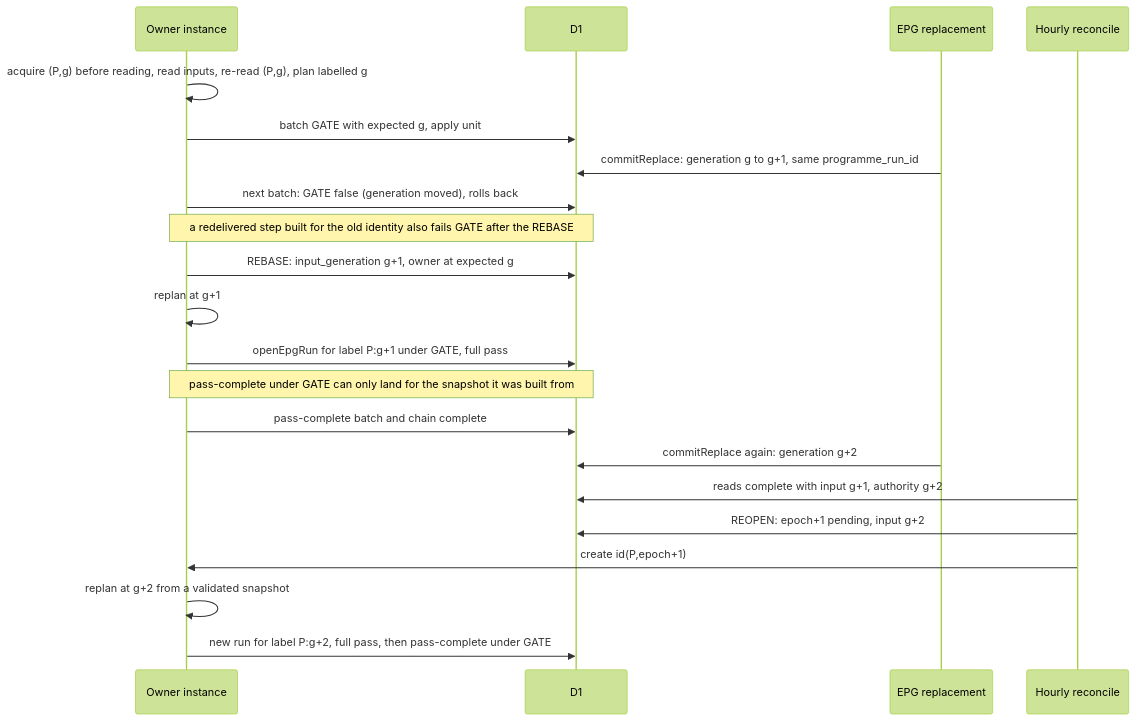
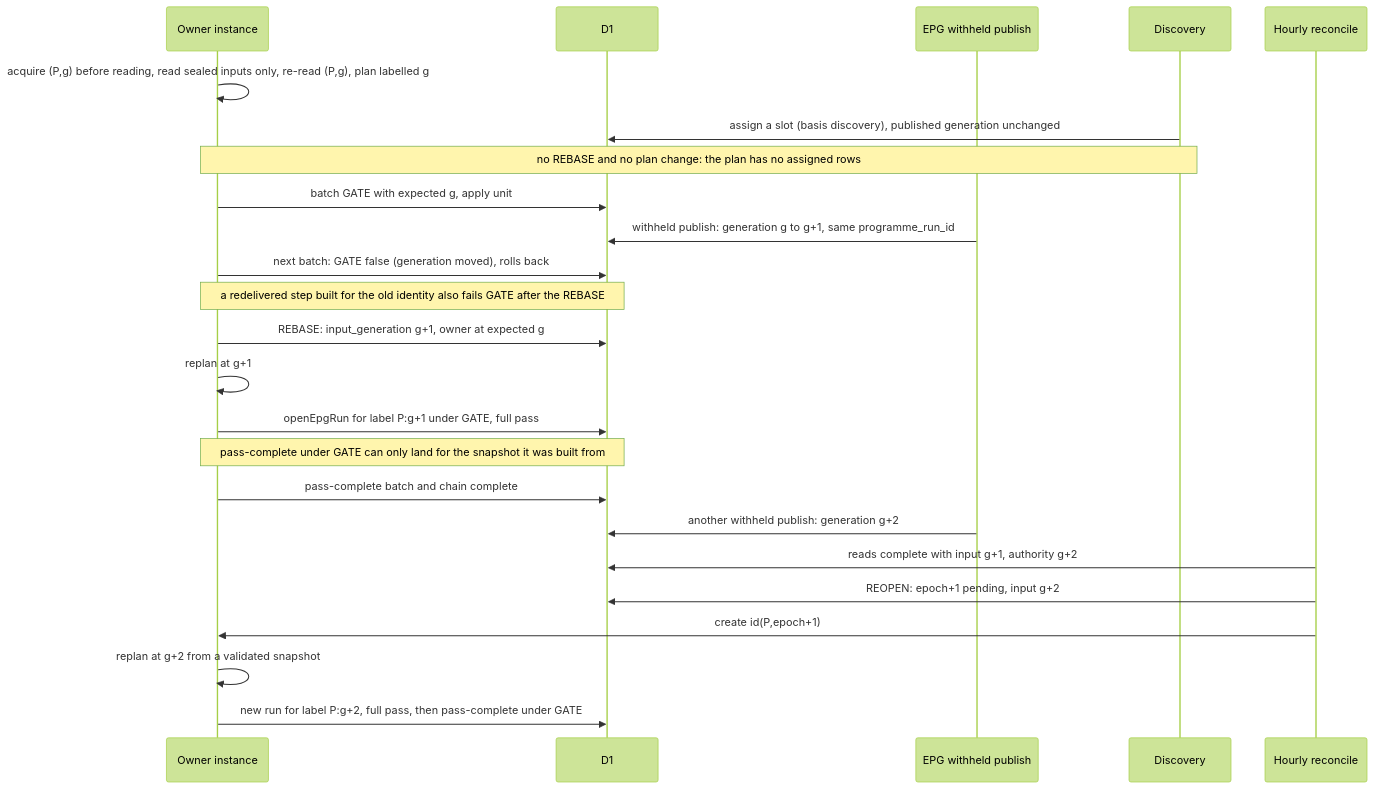
Before and after one commit to vladimino/iptv-watchlist: the fourth of 5 diagrams in docs/adr/0141-producer-workflow-chain-protocol.md, drawn with Mermaid (forest theme). The commit also changed other lines of this file and 1 other file, not shown here.

````diff
--- a/docs/adr/0141-producer-workflow-chain-protocol.md
+++ b/docs/adr/0141-producer-workflow-chain-protocol.md
@@ -536,23 +578,26 @@
 ```mermaid
 sequenceDiagram
     participant O as Owner instance
     participant D as D1
-    participant E as EPG replacement
+    participant E as EPG withheld publish
+    participant X as Discovery
     participant H as Hourly reconcile
-    O->>O: acquire (P,g) before reading, read inputs, re-read (P,g), plan labelled g
+    O->>O: acquire (P,g) before reading, read sealed inputs only, re-read (P,g), plan labelled g
+    X->>D: assign a slot (basis discovery), published generation unchanged
+    Note over O,X: no REBASE and no plan change: the plan has no assigned rows
     O->>D: batch GATE with expected g, apply unit
-    E->>D: commitReplace: generation g to g+1, same programme_run_id
+    E->>D: withheld publish: generation g to g+1, same programme_run_id
     O->>D: next batch: GATE false (generation moved), rolls back
     Note over O,D: a redelivered step built for the old identity also fails GATE after the REBASE
     O->>D: REBASE: input_generation g+1, owner at expected g
     O->>O: replan at g+1
     O->>D: openEpgRun for label P:g+1 under GATE, full pass
     Note over O,D: pass-complete under GATE can only land for the snapshot it was built from
     O->>D: pass-complete batch and chain complete
-    E->>D: commitReplace again: generation g+2
+    E->>D: another withheld publish: generation g+2
     H->>D: reads complete with input g+1, authority g+2
     H->>D: REOPEN: epoch+1 pending, input g+2
     H->>O: create id(P,epoch+1)
     O->>O: replan at g+2 from a validated snapshot
     O->>D: new run for label P:g+2, full pass, then pass-complete under GATE
 ```
````
